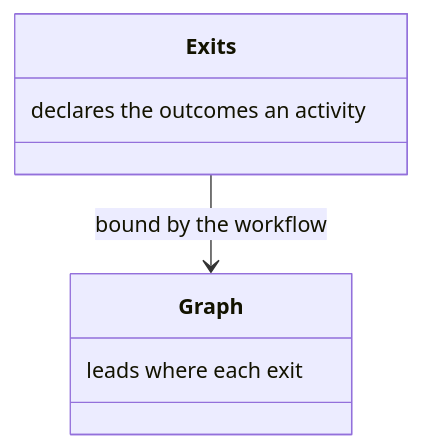
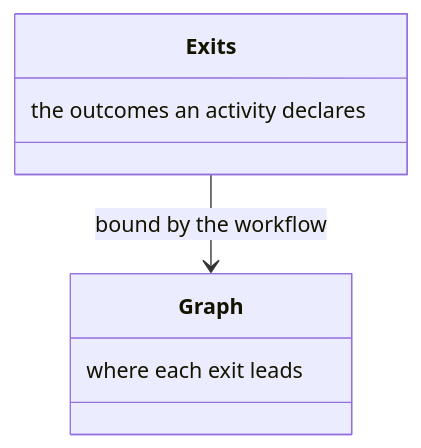
Before and after one commit to m2ux/workflow-server: diagram 18 of 36 in docs/state.md, drawn with Mermaid. The commit also changed other lines of this file and 10 other files, not shown here.

Commit message:
Write each class-box note in reading order so the diagram shows the phrase as written.

````diff
--- a/docs/state.md
+++ b/docs/state.md
@@ -309,10 +309,10 @@
 ```mermaid
 classDiagram
   class Exits {
-    declares the outcomes an activity
+    the outcomes an activity declares
   }
   class Graph {
-    leads where each exit
+    where each exit leads
   }
   Exits --> Graph : bound by the workflow
 ```
````
